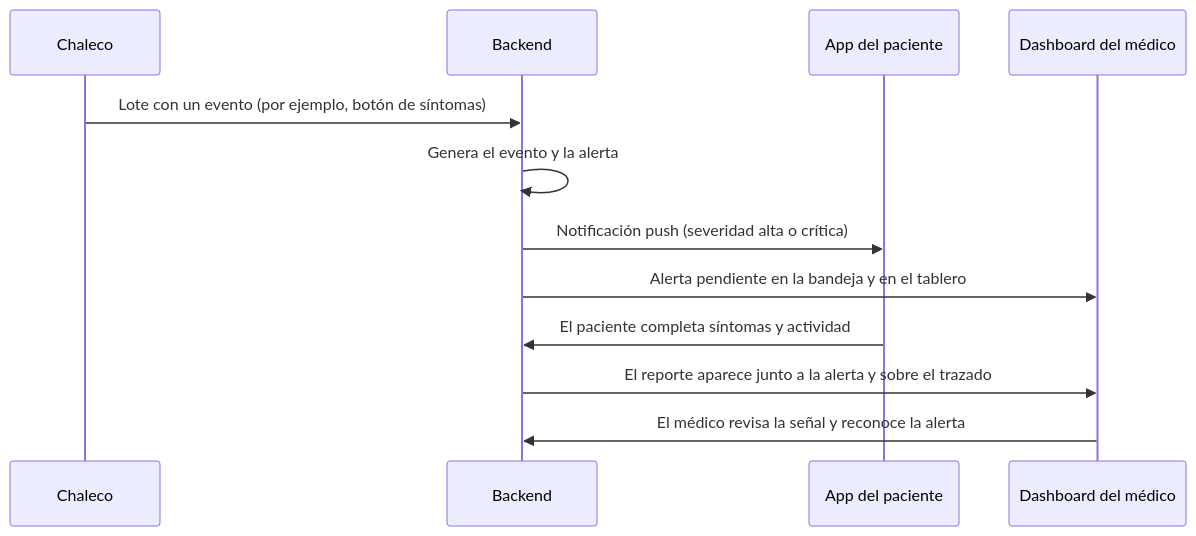
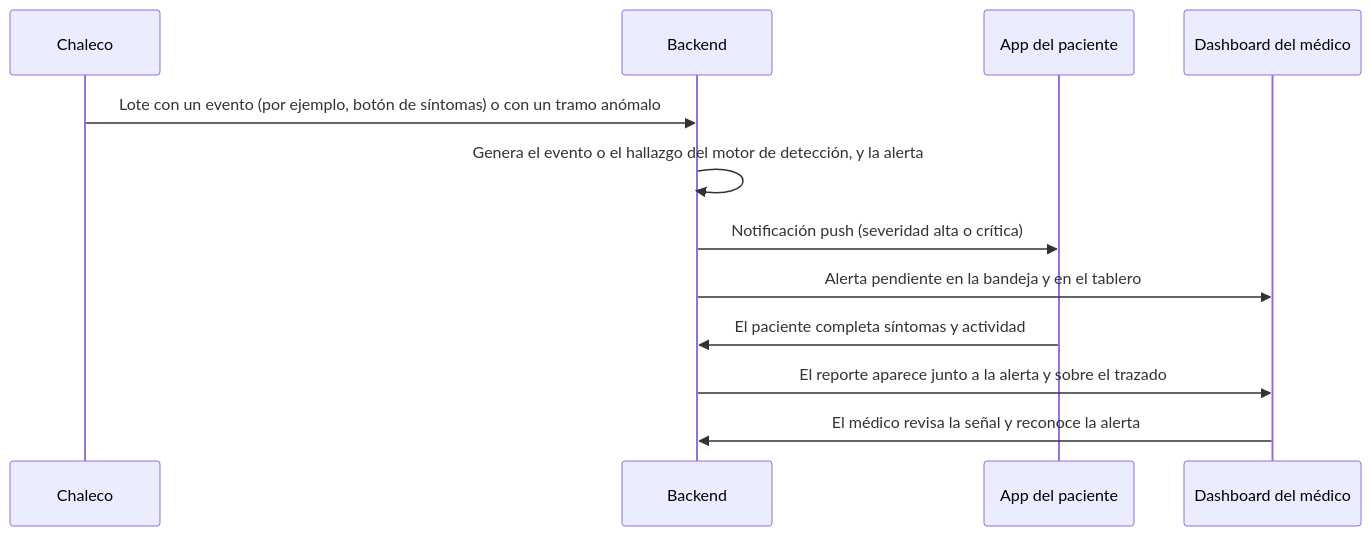
One commit to tesis-ecg/tesis-ecg-mono changed the eighth of 8 diagrams in Entregables/Informe Final.md. Above: the diagram before and after it, drawn with Mermaid. The commit also changed other lines of this file, not shown here.

First line of the commit message:
docs(informe): add the detection engine to the Mermaid diagrams

````diff
--- a/Entregables/Informe Final.md
+++ b/Entregables/Informe Final.md
@@ -875,14 +916,14 @@
 ```mermaid
 sequenceDiagram
     participant C as Chaleco
     participant B as Backend
     participant A as App del paciente
     participant M as Dashboard del médico
-    C->>B: Lote con un evento (por ejemplo, botón de síntomas)
-    B->>B: Genera el evento y la alerta
+    C->>B: Lote con un evento (por ejemplo, botón de síntomas) o con un tramo anómalo
+    B->>B: Genera el evento o el hallazgo del motor de detección, y la alerta
     B->>A: Notificación push (severidad alta o crítica)
     B->>M: Alerta pendiente en la bandeja y en el tablero
     A->>B: El paciente completa síntomas y actividad
     B->>M: El reporte aparece junto a la alerta y sobre el trazado
     M->>B: El médico revisa la señal y reconoce la alerta
 ```
````
